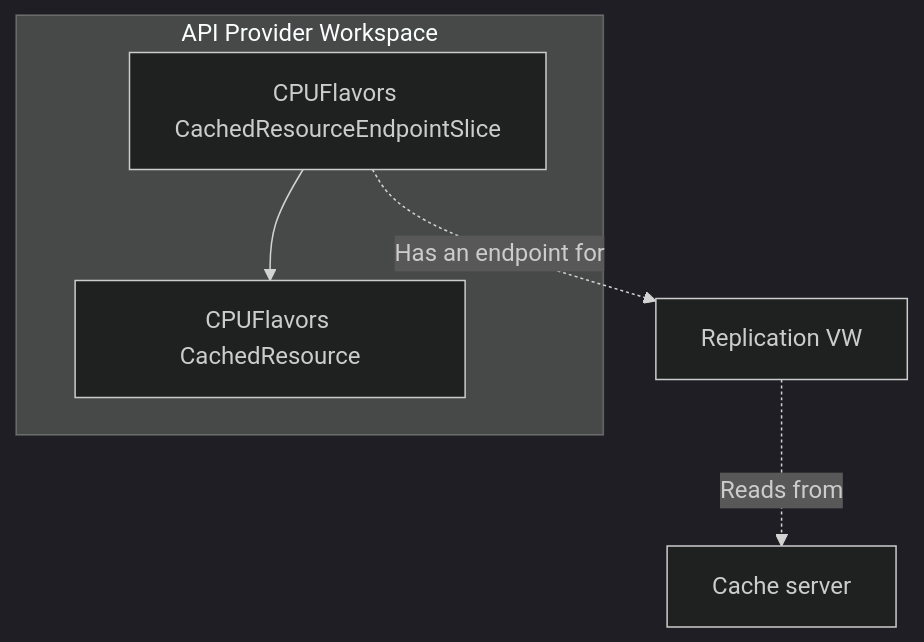
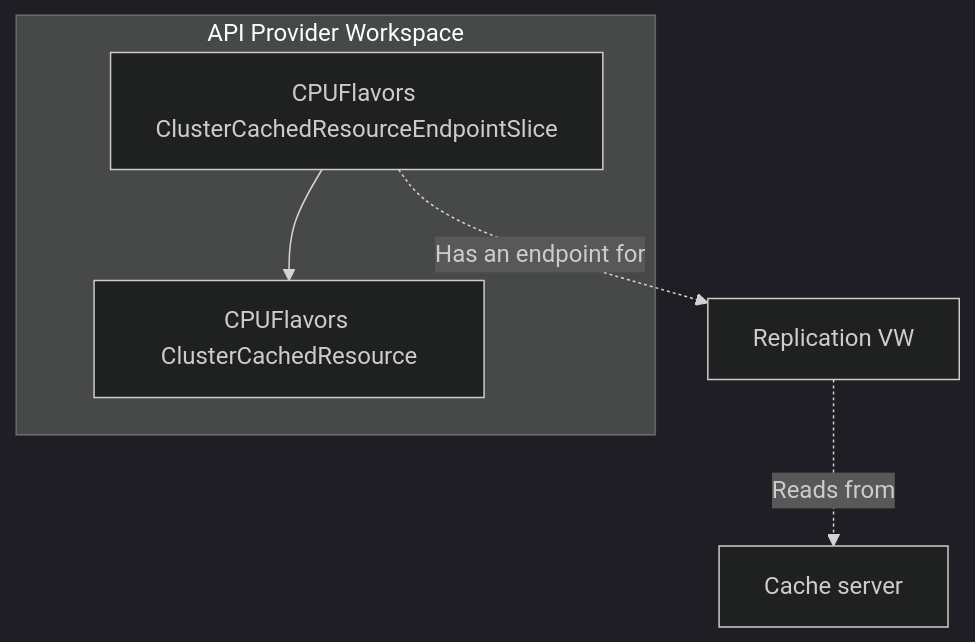
Before and after one commit to kcp-dev/kcp: the second of 3 diagrams in docs/content/concepts/apis/cached-resources.md, drawn with Mermaid (dark theme). The commit also changed other lines of this file and 3 other files, not shown here.

Commit message:
/docs: rename CachedResource to ClusterCachedResource

````diff
--- a/docs/content/concepts/apis/cached-resources.md
+++ b/docs/content/concepts/apis/cached-resources.md
@@ -150,15 +153,15 @@
 ```mermaid
 flowchart TD
     cacheServer["Cache server"]
     replicationVW["Replication VW"]
 
     subgraph provider["API Provider Workspace"]
-        cpuflavorsCachedResource["CPUFlavors CachedResource"]
-        cpuflavorsCachedResourceEndpointSlice["CPUFlavors CachedResourceEndpointSlice"]
+        cpuflavorsClusterCachedResource["CPUFlavors ClusterCachedResource"]
+        cpuflavorsClusterCachedResourceEndpointSlice["CPUFlavors ClusterCachedResourceEndpointSlice"]
 
-        cpuflavorsCachedResourceEndpointSlice --> cpuflavorsCachedResource
+        cpuflavorsClusterCachedResourceEndpointSlice --> cpuflavorsClusterCachedResource
     end
 
     replicationVW -."Reads from".-> cacheServer
-    cpuflavorsCachedResourceEndpointSlice -."Has an endpoint for".-> replicationVW
+    cpuflavorsClusterCachedResourceEndpointSlice -."Has an endpoint for".-> replicationVW
 ```
````
